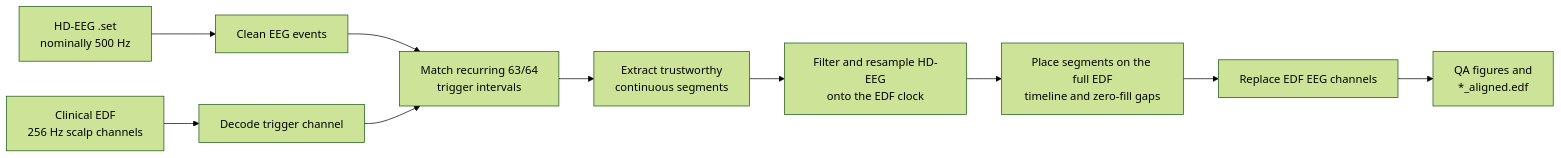
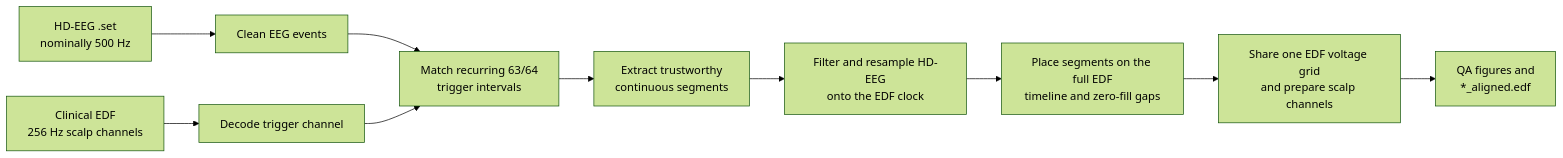
Before and after one commit to mh105/SleepLab_trigger_alignment: the diagram in README.md, drawn with Mermaid (forest theme). The commit also changed other lines of this file and 9 other files, not shown here.

````diff
--- a/README.md
+++ b/README.md
@@ -28,12 +31,12 @@
 ```mermaid
 flowchart LR
     A["HD-EEG .set<br/>nominally 500 Hz"] --> C["Clean EEG events"]
     B["Clinical EDF<br/>256 Hz scalp channels"] --> D["Decode trigger channel"]
     C --> E["Match recurring 63/64<br/>trigger intervals"]
     D --> E
     E --> F["Extract trustworthy<br/>continuous segments"]
     F --> G["Filter and resample HD-EEG<br/>onto the EDF clock"]
     G --> H["Place segments on the full EDF<br/>timeline and zero-fill gaps"]
-    H --> I["Replace EDF EEG channels"]
+    H --> I["Share one EDF voltage grid<br/>and prepare scalp channels"]
     I --> J["QA figures and<br/>*_aligned.edf"]
 ```
````
